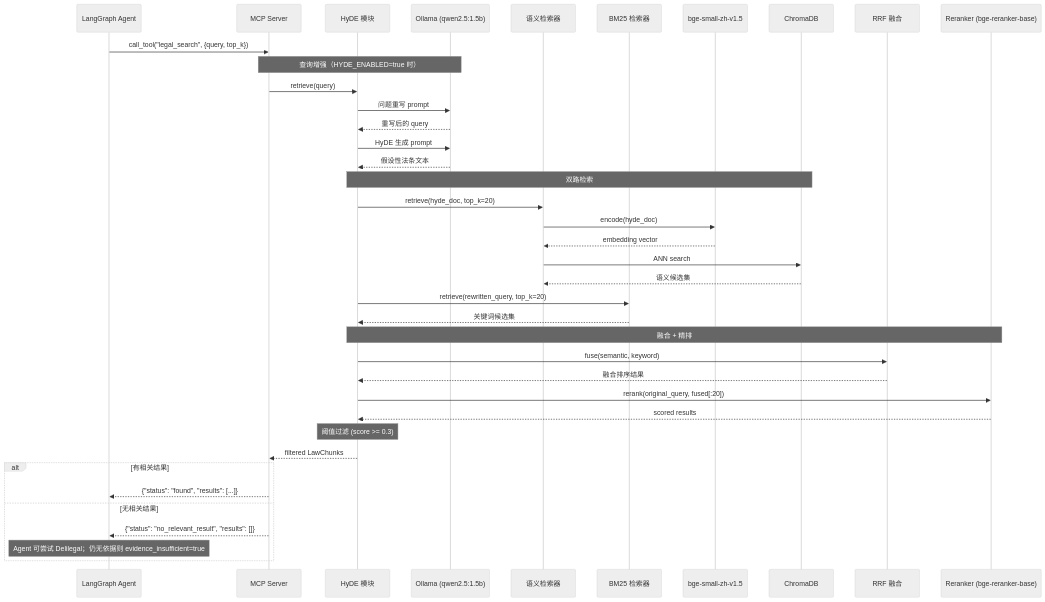
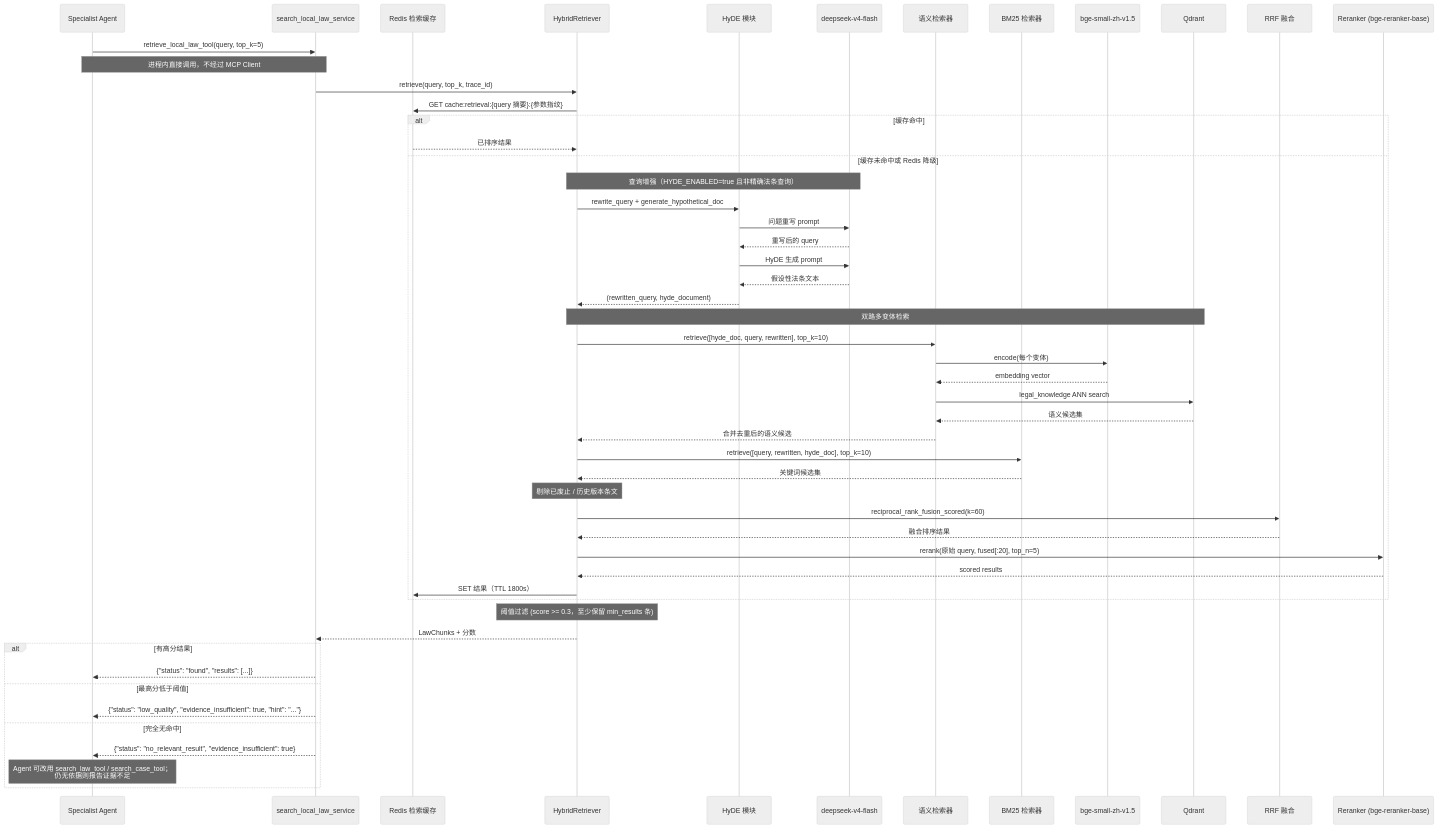
One commit to uuo00n/lexcore-legal-agent changed the diagram in docs/sequences/rag-flow.md. Above: the diagram before and after it, drawn with Mermaid (neutral theme). The commit also changed other lines of this file and 28 other files, not shown here.

````diff
--- a/docs/sequences/rag-flow.md
+++ b/docs/sequences/rag-flow.md
@@ -5,49 +5,63 @@
 ```mermaid
 sequenceDiagram
-    participant Agent as LangGraph Agent
-    participant MCP as MCP Server
+    participant Agent as Specialist Agent
+    participant SVC as search_local_law_service
+    participant CACHE as Redis 检索缓存
+    participant HR as HybridRetriever
     participant HYDE as HyDE 模块
-    participant OL as Ollama (qwen2.5:1.5b)
+    participant FL as deepseek-v4-flash
     participant SEM as 语义检索器
     participant BM25 as BM25 检索器
     participant EMB as bge-small-zh-v1.5
-    participant CHROMA as ChromaDB
+    participant QDRANT as Qdrant
     participant RRF as RRF 融合
     participant RR as Reranker (bge-reranker-base)
 
-    Agent->>MCP: call_tool("legal_search", {query, top_k})
+    Agent->>SVC: retrieve_local_law_tool(query, top_k=5)
+    Note over Agent,SVC: 进程内直接调用，不经过 MCP Client
+    SVC->>HR: retrieve(query, top_k, trace_id)
 
-    Note over MCP,OL: 查询增强（HYDE_ENABLED=true 时）
-    MCP->>HYDE: retrieve(query)
-    HYDE->>OL: 问题重写 prompt
-    OL-->>HYDE: 重写后的 query
-    HYDE->>OL: HyDE 生成 prompt
-    OL-->>HYDE: 假设性法条文本
+    HR->>CACHE: GET cache:retrieval:{query 摘要}:{参数指纹}
+    alt 缓存命中
+        CACHE-->>HR: 已排序结果
+    else 缓存未命中或 Redis 降级
+        Note over HR,FL: 查询增强（HYDE_ENABLED=true 且非精确法条查询）
+        HR->>HYDE: rewrite_query + generate_hypothetical_doc
+        HYDE->>FL: 问题重写 prompt
+        FL-->>HYDE: 重写后的 query
+        HYDE->>FL: HyDE 生成 prompt
+        FL-->>HYDE: 假设性法条文本
+        HYDE-->>HR: (rewritten_query, hyde_document)
 
-    Note over HYDE,CHROMA: 双路检索
-    HYDE->>SEM: retrieve(hyde_doc, top_k=20)
-    SEM->>EMB: encode(hyde_doc)
-    EMB-->>SEM: embedding vector
-    SEM->>CHROMA: ANN search
-    CHROMA-->>SEM: 语义候选集
+        Note over HR,QDRANT: 双路多变体检索
+        HR->>SEM: retrieve([hyde_doc, query, rewritten], top_k=10)
+        SEM->>EMB: encode(每个变体)
+        EMB-->>SEM: embedding vector
+        SEM->>QDRANT: legal_knowledge ANN search
+        QDRANT-->>SEM: 语义候选集
+        SEM-->>HR: 合并去重后的语义候选
 
-    HYDE->>BM25: retrieve(rewritten_query, top_k=20)
-    BM25-->>HYDE: 关键词候选集
+        HR->>BM25: retrieve([query, rewritten, hyde_doc], top_k=10)
+        BM25-->>HR: 关键词候选集
 
-    Note over HYDE,RR: 融合 + 精排
-    HYDE->>RRF: fuse(semantic, keyword)
-    RRF-->>HYDE: 融合排序结果
+        Note over HR: 剔除已废止 / 历史版本条文
+        HR->>RRF: reciprocal_rank_fusion_scored(k=60)
+        RRF-->>HR: 融合排序结果
 
-    HYDE->>RR: rerank(original_query, fused[:20])
-    RR-->>HYDE: scored results
+        HR->>RR: rerank(原始 query, fused[:20], top_n=5)
+        RR-->>HR: scored results
+        HR->>CACHE: SET 结果（TTL 1800s）
+    end
 
-    Note over HYDE: 阈值过滤 (score >= 0.3)
-    HYDE-->>MCP: filtered LawChunks
+    Note over HR: 阈值过滤 (score >= 0.3，至少保留 min_results 条)
+    HR-->>SVC: LawChunks + 分数
 
-    alt 有相关结果
-        MCP-->>Agent: {"status": "found", "results": [...]}
-    else 无相关结果
-        MCP-->>Agent: {"status": "no_relevant_result", "results": []}
-        Note over Agent: Agent 可尝试 Delilegal；仍无依据则 evidence_insufficient=true
+    alt 有高分结果
+        SVC-->>Agent: {"status": "found", "results": [...]}
+    else 最高分低于阈值
+        SVC-->>Agent: {"status": "low_quality", "evidence_insufficient": true, "hint": "..."}
+    else 完全无命中
+        SVC-->>Agent: {"status": "no_relevant_result", "evidence_insufficient": true}
+        Note over Agent: Agent 可改用 search_law_tool / search_case_tool；<br/>仍无依据则报告证据不足
     end
 ```
````
